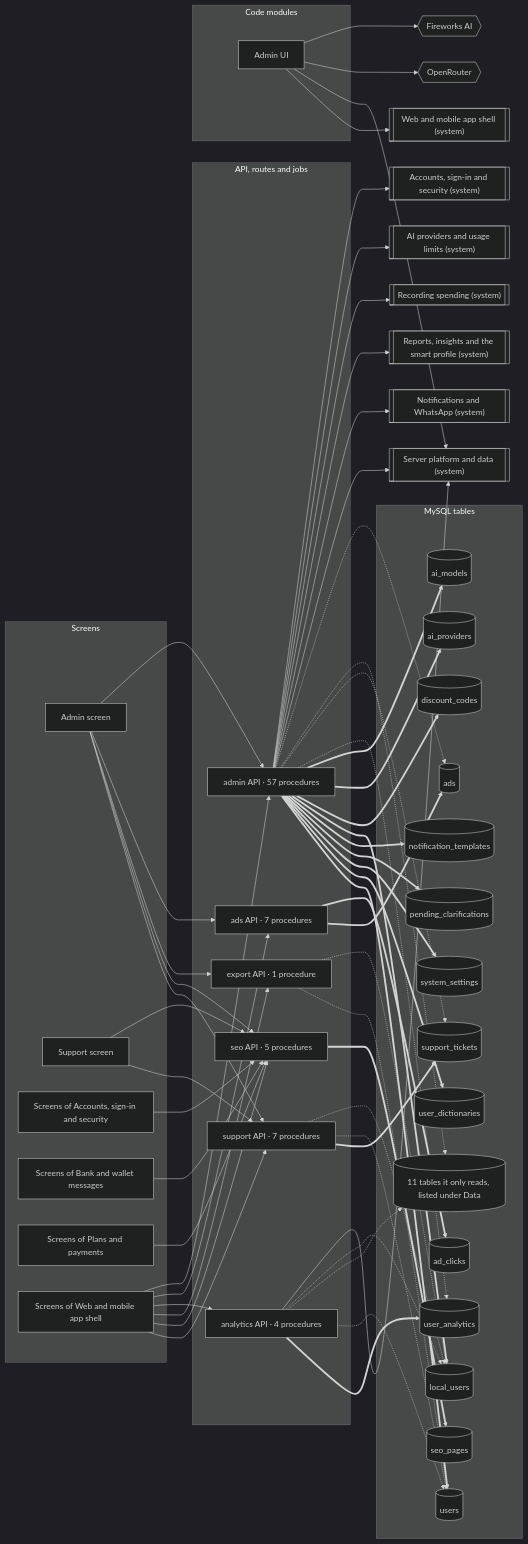
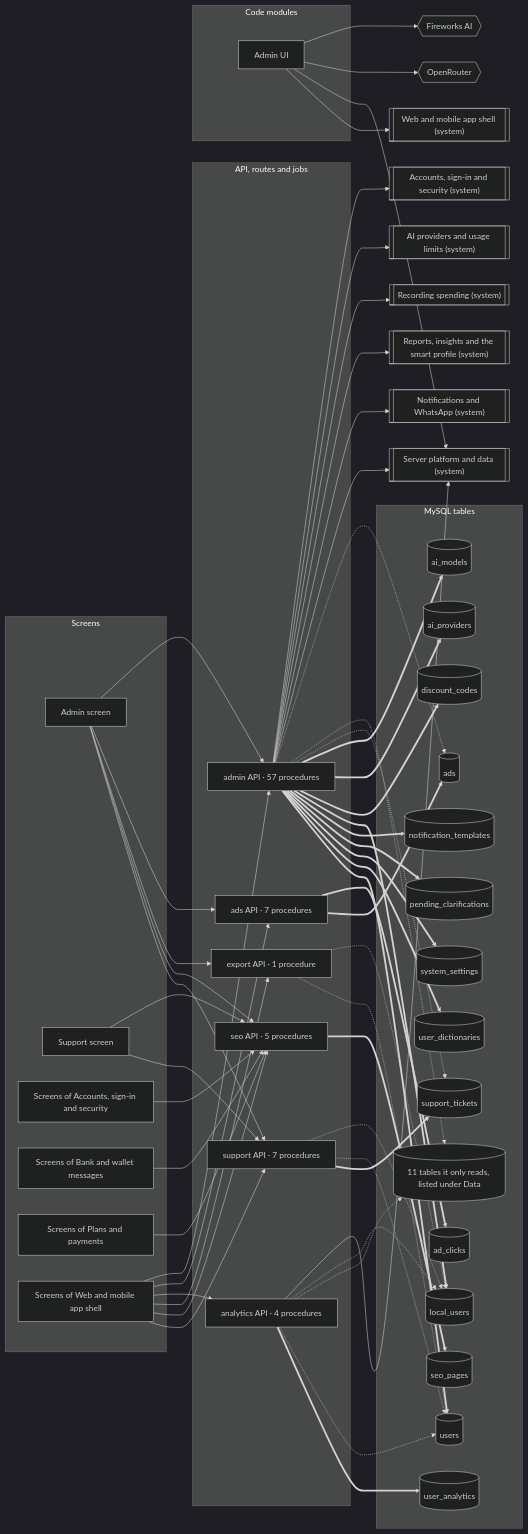
One commit to mahmoudtaherr111/smartspend_mini_all changed the diagram in docs/atlas/systems/admin.md. Above: the diagram before and after it, drawn with Mermaid (dark theme). The commit also changed other lines of this file and 49 other files, not shown here.

```diff
--- a/docs/atlas/systems/admin.md
+++ b/docs/atlas/systems/admin.md
@@ -77,7 +77,6 @@
   router_admin -.-> tbl_ads
   router_admin -.-> tbl_more
   router_admin -.-> tbl_support_tickets
-  router_admin -.-> tbl_user_analytics
   router_admin ==> tbl_ai_models
   router_admin ==> tbl_ai_providers
   router_admin ==> tbl_discount_codes
```
